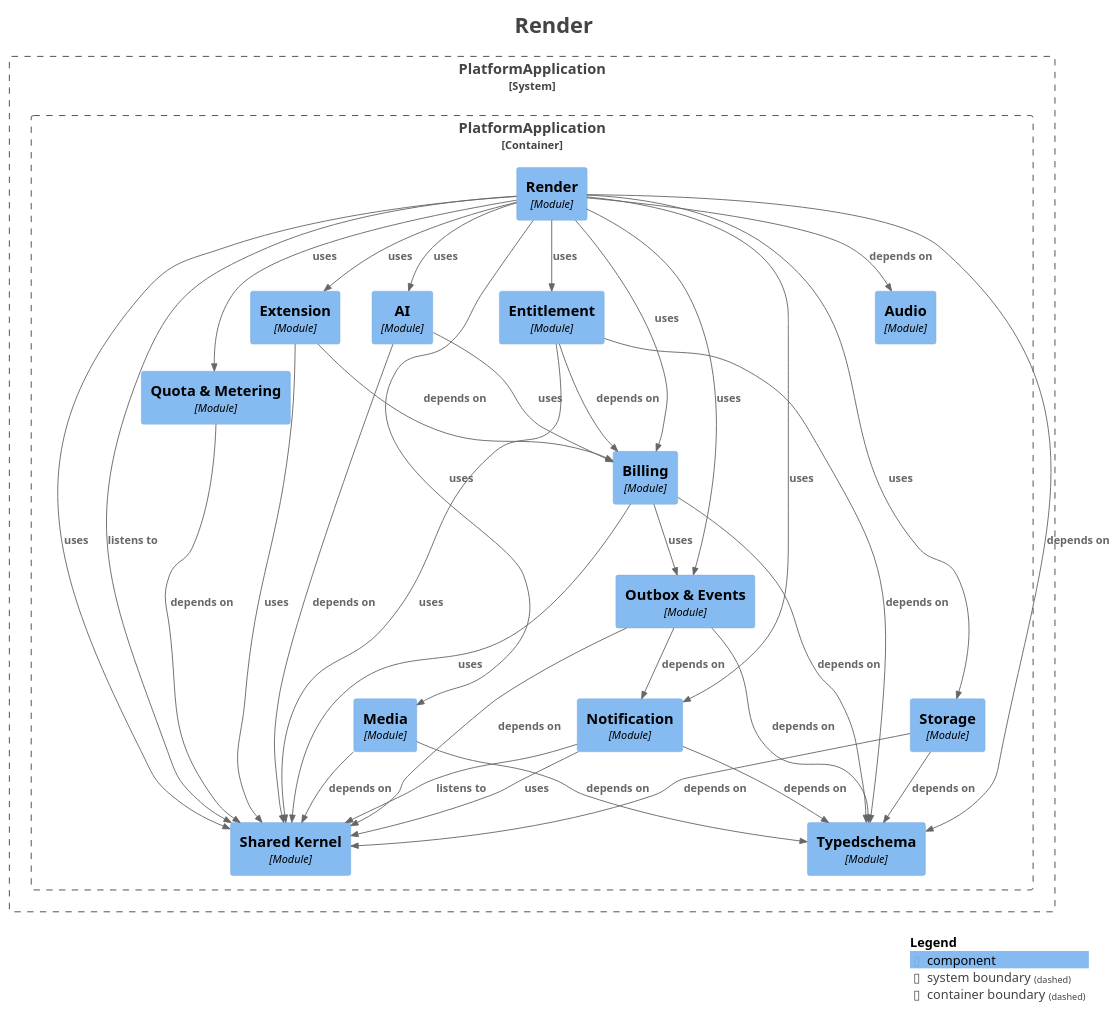
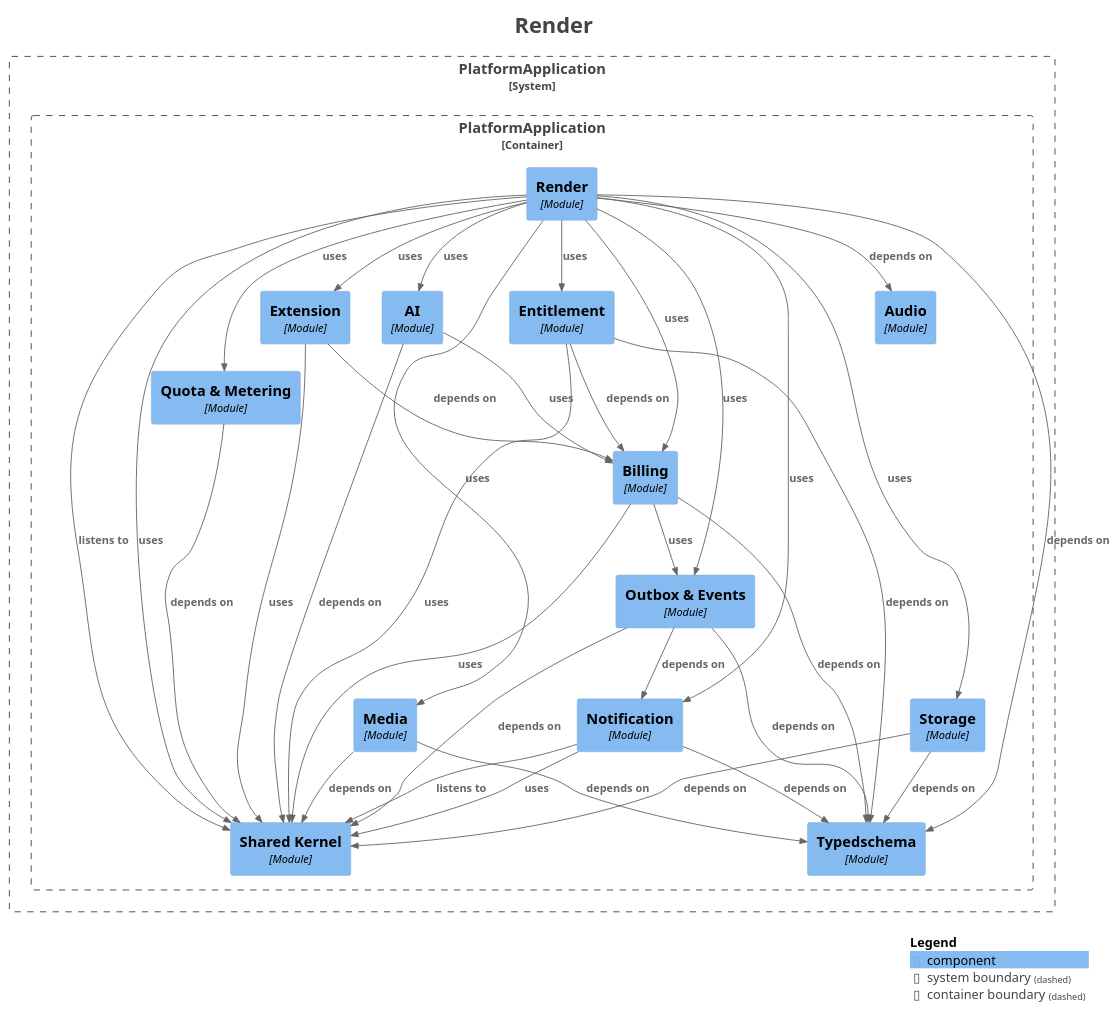
One commit to shangxq007/media-platform changed the diagram in platform-app/docs/architecture/maps/generated/modulith/module-render.puml. Above: the diagram before and after it, drawn with PlantUML. The commit also changed other lines of this file and 34 other files, not shown here.

```diff
--- a/platform-app/docs/architecture/maps/generated/modulith/module-render.puml
+++ b/platform-app/docs/architecture/maps/generated/modulith/module-render.puml
@@ -1,74 +1,74 @@
 @startuml
 title <size:24>Render</size>
 
 set separator none
 top to bottom direction
 
 <style>
   root {
     BackgroundColor: #ffffff
     FontColor: #444444
   }
 </style>
 
 !include <C4/C4>
 !include <C4/C4_Context>
 !include <C4/C4_Component>
 
 System_Boundary("PlatformApplication_boundary", "PlatformApplication", $tags="") {
   Container_Boundary("PlatformApplication.PlatformApplication_boundary", "PlatformApplication", $tags="") {
     Component(PlatformApplication.PlatformApplication.Entitlement, "Entitlement", $techn="Module", $descr="", $tags="", $link="")
     Component(PlatformApplication.PlatformApplication.Extension, "Extension", $techn="Module", $descr="", $tags="", $link="")
     Component(PlatformApplication.PlatformApplication.Media, "Media", $techn="Module", $descr="", $tags="", $link="")
     Component(PlatformApplication.PlatformApplication.Notification, "Notification", $techn="Module", $descr="", $tags="", $link="")
     Component(PlatformApplication.PlatformApplication.OutboxEvents, "Outbox & Events", $techn="Module", $descr="", $tags="", $link="")
     Component(PlatformApplication.PlatformApplication.AI, "AI", $techn="Module", $descr="", $tags="", $link="")
     Component(PlatformApplication.PlatformApplication.QuotaMetering, "Quota & Metering", $techn="Module", $descr="", $tags="", $link="")
     Component(PlatformApplication.PlatformApplication.Render, "Render", $techn="Module", $descr="", $tags="", $link="")
     Component(PlatformApplication.PlatformApplication.SharedKernel, "Shared Kernel", $techn="Module", $descr="", $tags="", $link="")
     Component(PlatformApplication.PlatformApplication.Storage, "Storage", $techn="Module", $descr="", $tags="", $link="")
     Component(PlatformApplication.PlatformApplication.Typedschema, "Typedschema", $techn="Module", $descr="", $tags="", $link="")
     Component(PlatformApplication.PlatformApplication.Audio, "Audio", $techn="Module", $descr="", $tags="", $link="")
     Component(PlatformApplication.PlatformApplication.Billing, "Billing", $techn="Module", $descr="", $tags="", $link="")
   }
 
 }
 
-Rel(PlatformApplication.PlatformApplication.Render, PlatformApplication.PlatformApplication.SharedKernel, "listens to", $techn="", $tags="", $link="")
-Rel(PlatformApplication.PlatformApplication.Render, PlatformApplication.PlatformApplication.Typedschema, "depends on", $techn="", $tags="", $link="")
-Rel(PlatformApplication.PlatformApplication.Render, PlatformApplication.PlatformApplication.Audio, "depends on", $techn="", $tags="", $link="")
-Rel(PlatformApplication.PlatformApplication.Render, PlatformApplication.PlatformApplication.Storage, "uses", $techn="", $tags="", $link="")
 Rel(PlatformApplication.PlatformApplication.Render, PlatformApplication.PlatformApplication.AI, "uses", $techn="", $tags="", $link="")
 Rel(PlatformApplication.PlatformApplication.Render, PlatformApplication.PlatformApplication.Notification, "uses", $techn="", $tags="", $link="")
 Rel(PlatformApplication.PlatformApplication.Render, PlatformApplication.PlatformApplication.Entitlement, "uses", $techn="", $tags="", $link="")
 Rel(PlatformApplication.PlatformApplication.Render, PlatformApplication.PlatformApplication.Billing, "uses", $techn="", $tags="", $link="")
 Rel(PlatformApplication.PlatformApplication.Render, PlatformApplication.PlatformApplication.Extension, "uses", $techn="", $tags="", $link="")
 Rel(PlatformApplication.PlatformApplication.Render, PlatformApplication.PlatformApplication.OutboxEvents, "uses", $techn="", $tags="", $link="")
 Rel(PlatformApplication.PlatformApplication.Render, PlatformApplication.PlatformApplication.Media, "uses", $techn="", $tags="", $link="")
 Rel(PlatformApplication.PlatformApplication.Render, PlatformApplication.PlatformApplication.SharedKernel, "uses", $techn="", $tags="", $link="")
 Rel(PlatformApplication.PlatformApplication.Render, PlatformApplication.PlatformApplication.QuotaMetering, "uses", $techn="", $tags="", $link="")
+Rel(PlatformApplication.PlatformApplication.Entitlement, PlatformApplication.PlatformApplication.Billing, "depends on", $techn="", $tags="", $link="")
+Rel(PlatformApplication.PlatformApplication.Entitlement, PlatformApplication.PlatformApplication.Typedschema, "depends on", $techn="", $tags="", $link="")
+Rel(PlatformApplication.PlatformApplication.Entitlement, PlatformApplication.PlatformApplication.SharedKernel, "uses", $techn="", $tags="", $link="")
+Rel(PlatformApplication.PlatformApplication.AI, PlatformApplication.PlatformApplication.SharedKernel, "depends on", $techn="", $tags="", $link="")
+Rel(PlatformApplication.PlatformApplication.AI, PlatformApplication.PlatformApplication.Billing, "uses", $techn="", $tags="", $link="")
+Rel(PlatformApplication.PlatformApplication.Billing, PlatformApplication.PlatformApplication.Typedschema, "depends on", $techn="", $tags="", $link="")
+Rel(PlatformApplication.PlatformApplication.Billing, PlatformApplication.PlatformApplication.SharedKernel, "uses", $techn="", $tags="", $link="")
+Rel(PlatformApplication.PlatformApplication.Billing, PlatformApplication.PlatformApplication.OutboxEvents, "uses", $techn="", $tags="", $link="")
+Rel(PlatformApplication.PlatformApplication.Extension, PlatformApplication.PlatformApplication.Billing, "depends on", $techn="", $tags="", $link="")
+Rel(PlatformApplication.PlatformApplication.Extension, PlatformApplication.PlatformApplication.SharedKernel, "uses", $techn="", $tags="", $link="")
+Rel(PlatformApplication.PlatformApplication.OutboxEvents, PlatformApplication.PlatformApplication.SharedKernel, "depends on", $techn="", $tags="", $link="")
+Rel(PlatformApplication.PlatformApplication.OutboxEvents, PlatformApplication.PlatformApplication.Notification, "depends on", $techn="", $tags="", $link="")
+Rel(PlatformApplication.PlatformApplication.OutboxEvents, PlatformApplication.PlatformApplication.Typedschema, "depends on", $techn="", $tags="", $link="")
 Rel(PlatformApplication.PlatformApplication.Media, PlatformApplication.PlatformApplication.SharedKernel, "depends on", $techn="", $tags="", $link="")
 Rel(PlatformApplication.PlatformApplication.Media, PlatformApplication.PlatformApplication.Typedschema, "depends on", $techn="", $tags="", $link="")
-Rel(PlatformApplication.PlatformApplication.AI, PlatformApplication.PlatformApplication.SharedKernel, "depends on", $techn="", $tags="", $link="")
-Rel(PlatformApplication.PlatformApplication.AI, PlatformApplication.PlatformApplication.Billing, "uses", $techn="", $tags="", $link="")
+Rel(PlatformApplication.PlatformApplication.Storage, PlatformApplication.PlatformApplication.Typedschema, "depends on", $techn="", $tags="", $link="")
+Rel(PlatformApplication.PlatformApplication.Storage, PlatformApplication.PlatformApplication.SharedKernel, "depends on", $techn="", $tags="", $link="")
+Rel(PlatformApplication.PlatformApplication.QuotaMetering, PlatformApplication.PlatformApplication.SharedKernel, "depends on", $techn="", $tags="", $link="")
 Rel(PlatformApplication.PlatformApplication.Notification, PlatformApplication.PlatformApplication.SharedKernel, "listens to", $techn="", $tags="", $link="")
 Rel(PlatformApplication.PlatformApplication.Notification, PlatformApplication.PlatformApplication.Typedschema, "depends on", $techn="", $tags="", $link="")
 Rel(PlatformApplication.PlatformApplication.Notification, PlatformApplication.PlatformApplication.SharedKernel, "uses", $techn="", $tags="", $link="")
-Rel(PlatformApplication.PlatformApplication.OutboxEvents, PlatformApplication.PlatformApplication.SharedKernel, "depends on", $techn="", $tags="", $link="")
-Rel(PlatformApplication.PlatformApplication.OutboxEvents, PlatformApplication.PlatformApplication.Notification, "depends on", $techn="", $tags="", $link="")
-Rel(PlatformApplication.PlatformApplication.OutboxEvents, PlatformApplication.PlatformApplication.Typedschema, "depends on", $techn="", $tags="", $link="")
-Rel(PlatformApplication.PlatformApplication.Storage, PlatformApplication.PlatformApplication.Typedschema, "depends on", $techn="", $tags="", $link="")
-Rel(PlatformApplication.PlatformApplication.Storage, PlatformApplication.PlatformApplication.SharedKernel, "depends on", $techn="", $tags="", $link="")
-Rel(PlatformApplication.PlatformApplication.Entitlement, PlatformApplication.PlatformApplication.Billing, "depends on", $techn="", $tags="", $link="")
-Rel(PlatformApplication.PlatformApplication.Entitlement, PlatformApplication.PlatformApplication.Typedschema, "depends on", $techn="", $tags="", $link="")
-Rel(PlatformApplication.PlatformApplication.Entitlement, PlatformApplication.PlatformApplication.SharedKernel, "uses", $techn="", $tags="", $link="")
-Rel(PlatformApplication.PlatformApplication.Billing, PlatformApplication.PlatformApplication.Typedschema, "depends on", $techn="", $tags="", $link="")
-Rel(PlatformApplication.PlatformApplication.Billing, PlatformApplication.PlatformApplication.SharedKernel, "uses", $techn="", $tags="", $link="")
-Rel(PlatformApplication.PlatformApplication.Billing, PlatformApplication.PlatformApplication.OutboxEvents, "uses", $techn="", $tags="", $link="")
-Rel(PlatformApplication.PlatformApplication.QuotaMetering, PlatformApplication.PlatformApplication.SharedKernel, "depends on", $techn="", $tags="", $link="")
-Rel(PlatformApplication.PlatformApplication.Extension, PlatformApplication.PlatformApplication.Billing, "depends on", $techn="", $tags="", $link="")
-Rel(PlatformApplication.PlatformApplication.Extension, PlatformApplication.PlatformApplication.SharedKernel, "uses", $techn="", $tags="", $link="")
+Rel(PlatformApplication.PlatformApplication.Render, PlatformApplication.PlatformApplication.SharedKernel, "listens to", $techn="", $tags="", $link="")
+Rel(PlatformApplication.PlatformApplication.Render, PlatformApplication.PlatformApplication.Typedschema, "depends on", $techn="", $tags="", $link="")
+Rel(PlatformApplication.PlatformApplication.Render, PlatformApplication.PlatformApplication.Audio, "depends on", $techn="", $tags="", $link="")
+Rel(PlatformApplication.PlatformApplication.Render, PlatformApplication.PlatformApplication.Storage, "uses", $techn="", $tags="", $link="")
 
 SHOW_LEGEND(true)
 hide stereotypes
 @enduml
```
